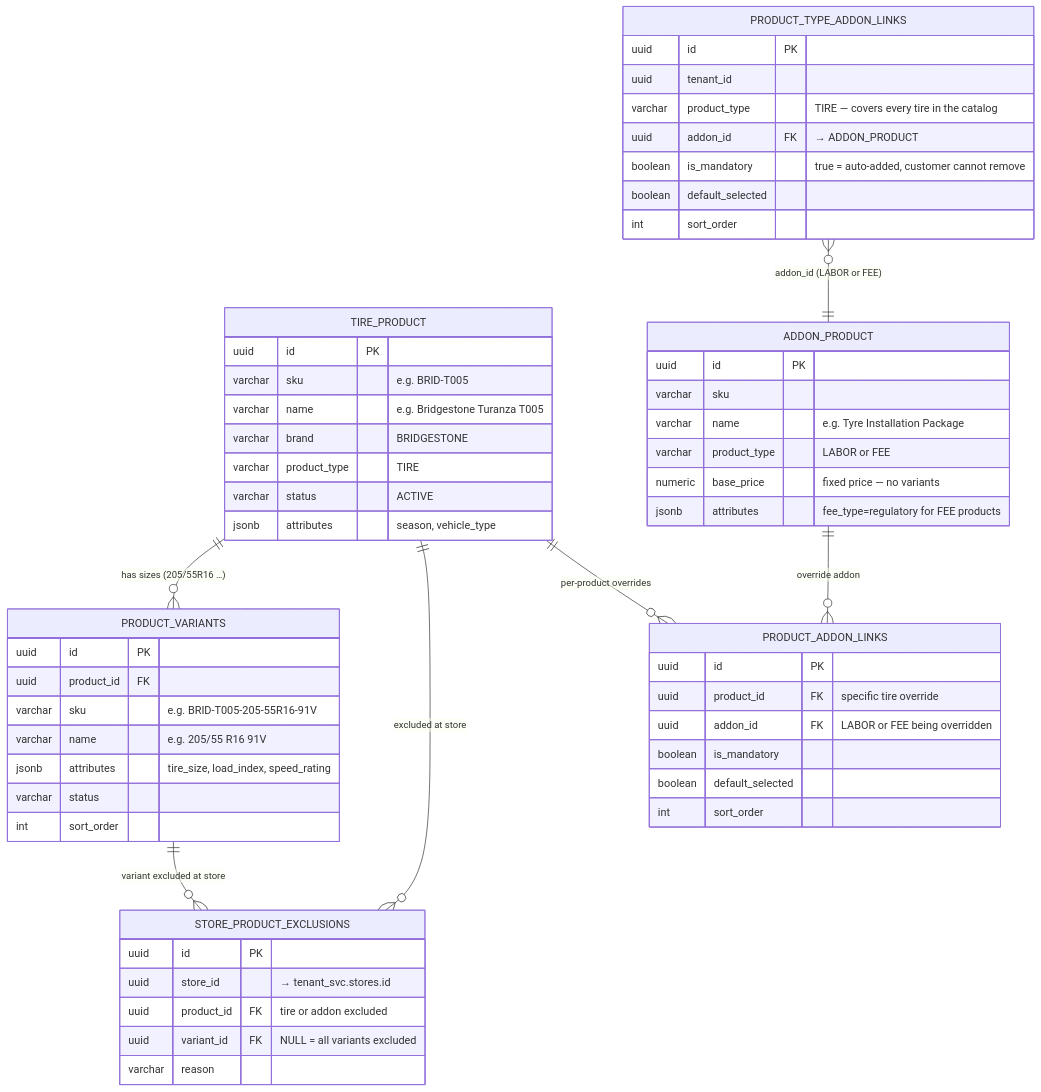
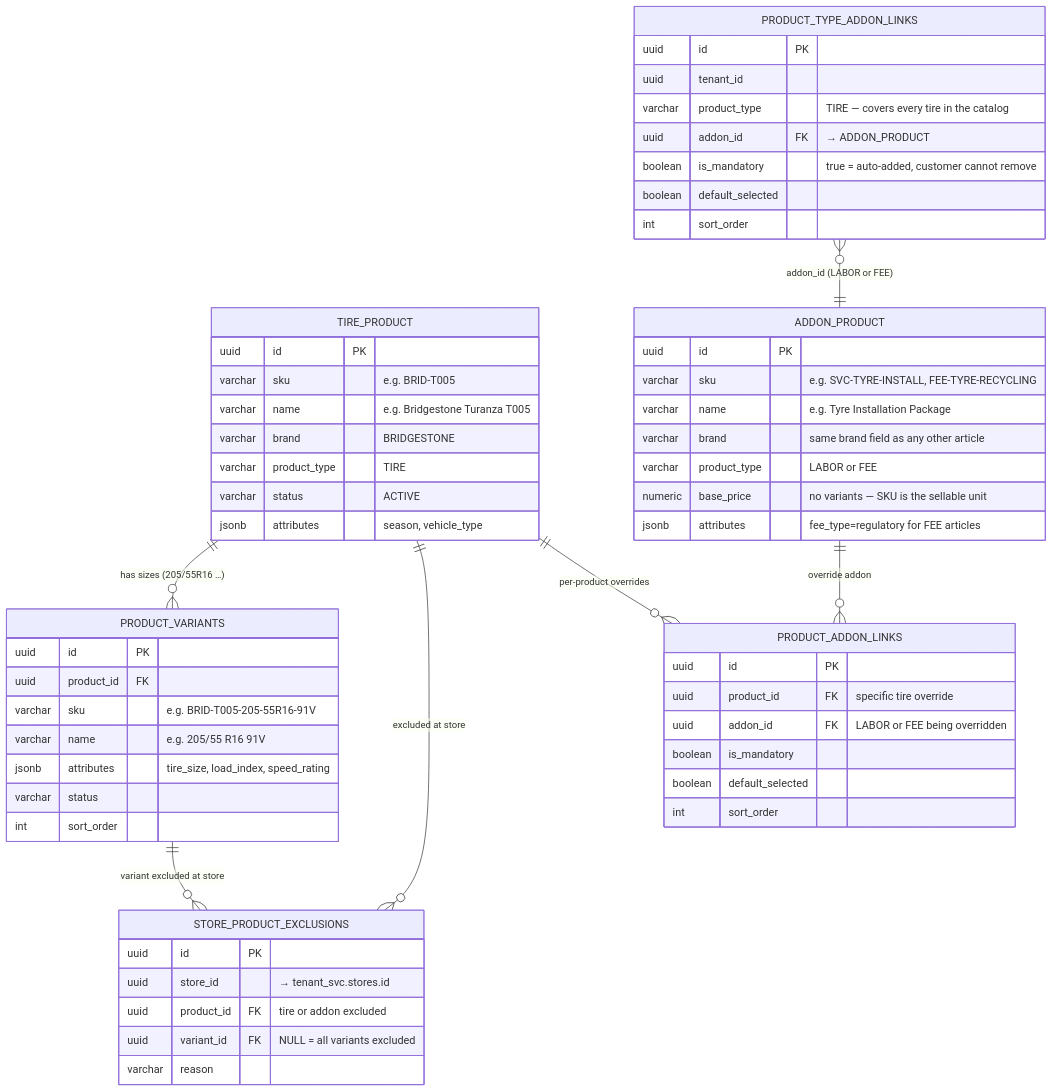
One commit to sumitjuyal/ecommerce-platform changed the first of 2 diagrams in eComm/eCommDataModel/catalog-domain.md. Above: the diagram before and after it, drawn with Mermaid. The commit also changed other lines of this file, not shown here.

First line of the commit message:
Clarify all catalog items are articles with their own SKU

````diff
--- a/eComm/eCommDataModel/catalog-domain.md
+++ b/eComm/eCommDataModel/catalog-domain.md
@@ -97,66 +100,67 @@
 ```mermaid
 erDiagram
 
   TIRE_PRODUCT ||--o{ PRODUCT_VARIANTS            : "has sizes (205/55R16 …)"
   TIRE_PRODUCT ||--o{ STORE_PRODUCT_EXCLUSIONS    : "excluded at store"
   PRODUCT_VARIANTS ||--o{ STORE_PRODUCT_EXCLUSIONS : "variant excluded at store"
   PRODUCT_TYPE_ADDON_LINKS }o--|| ADDON_PRODUCT   : "addon_id (LABOR or FEE)"
   TIRE_PRODUCT ||--o{ PRODUCT_ADDON_LINKS         : "per-product overrides"
   ADDON_PRODUCT ||--o{ PRODUCT_ADDON_LINKS        : "override addon"
 
   TIRE_PRODUCT {
     uuid    id PK
     varchar sku           "e.g. BRID-T005"
     varchar name          "e.g. Bridgestone Turanza T005"
     varchar brand         "BRIDGESTONE"
     varchar product_type  "TIRE"
     varchar status        "ACTIVE"
     jsonb   attributes    "season, vehicle_type"
   }
 
   PRODUCT_VARIANTS {
     uuid    id PK
     uuid    product_id FK
     varchar sku           "e.g. BRID-T005-205-55R16-91V"
     varchar name          "e.g. 205/55 R16 91V"
     jsonb   attributes    "tire_size, load_index, speed_rating"
     varchar status
     int     sort_order
   }
 
   PRODUCT_TYPE_ADDON_LINKS {
     uuid    id PK
     uuid    tenant_id
     varchar product_type  "TIRE — covers every tire in the catalog"
     uuid    addon_id FK   "→ ADDON_PRODUCT"
     boolean is_mandatory  "true = auto-added, customer cannot remove"
     boolean default_selected
     int     sort_order
   }
 
   ADDON_PRODUCT {
     uuid    id PK
-    varchar sku
+    varchar sku           "e.g. SVC-TYRE-INSTALL, FEE-TYRE-RECYCLING"
     varchar name          "e.g. Tyre Installation Package"
+    varchar brand         "same brand field as any other article"
     varchar product_type  "LABOR or FEE"
-    numeric base_price    "fixed price — no variants"
-    jsonb   attributes    "fee_type=regulatory for FEE products"
+    numeric base_price    "no variants — SKU is the sellable unit"
+    jsonb   attributes    "fee_type=regulatory for FEE articles"
   }
 
   PRODUCT_ADDON_LINKS {
     uuid    id PK
     uuid    product_id FK "specific tire override"
     uuid    addon_id FK   "LABOR or FEE being overridden"
     boolean is_mandatory
     boolean default_selected
     int     sort_order
   }
 
   STORE_PRODUCT_EXCLUSIONS {
     uuid    id PK
     uuid    store_id      "→ tenant_svc.stores.id"
     uuid    product_id FK "tire or addon excluded"
     uuid    variant_id FK "NULL = all variants excluded"
     varchar reason
   }
 ```
````
